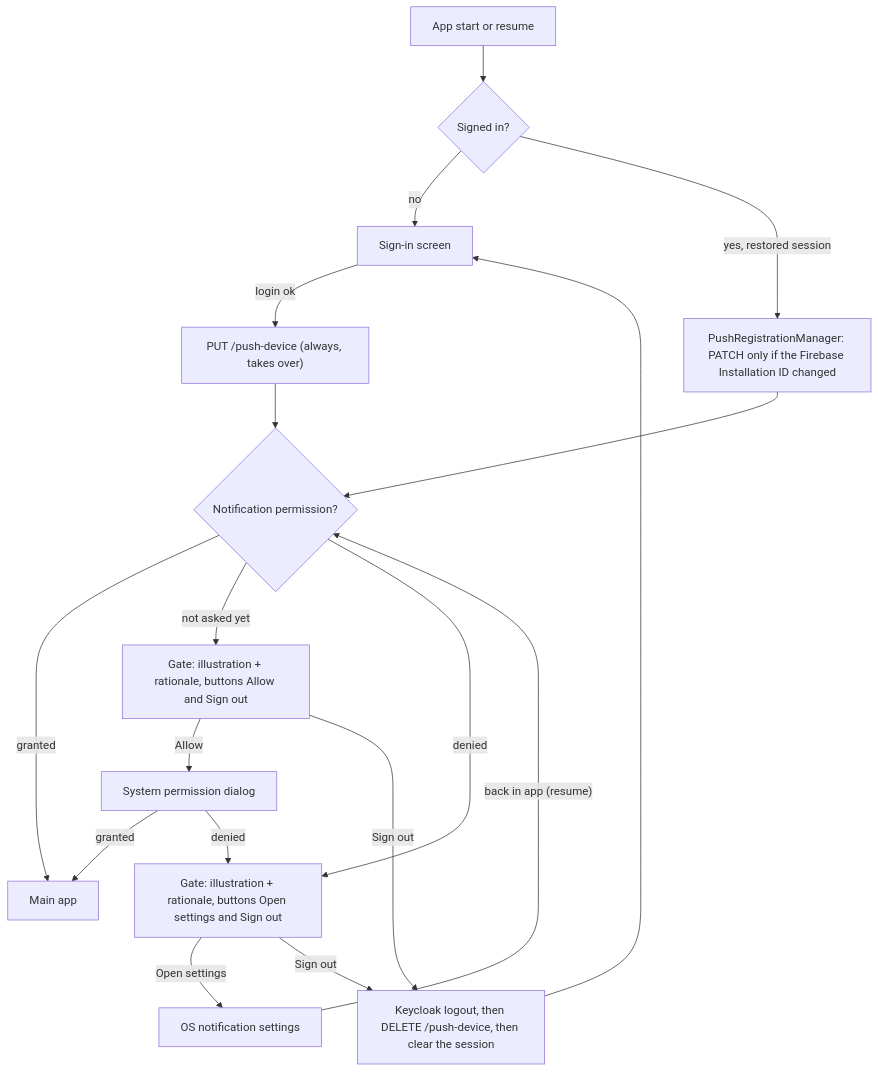
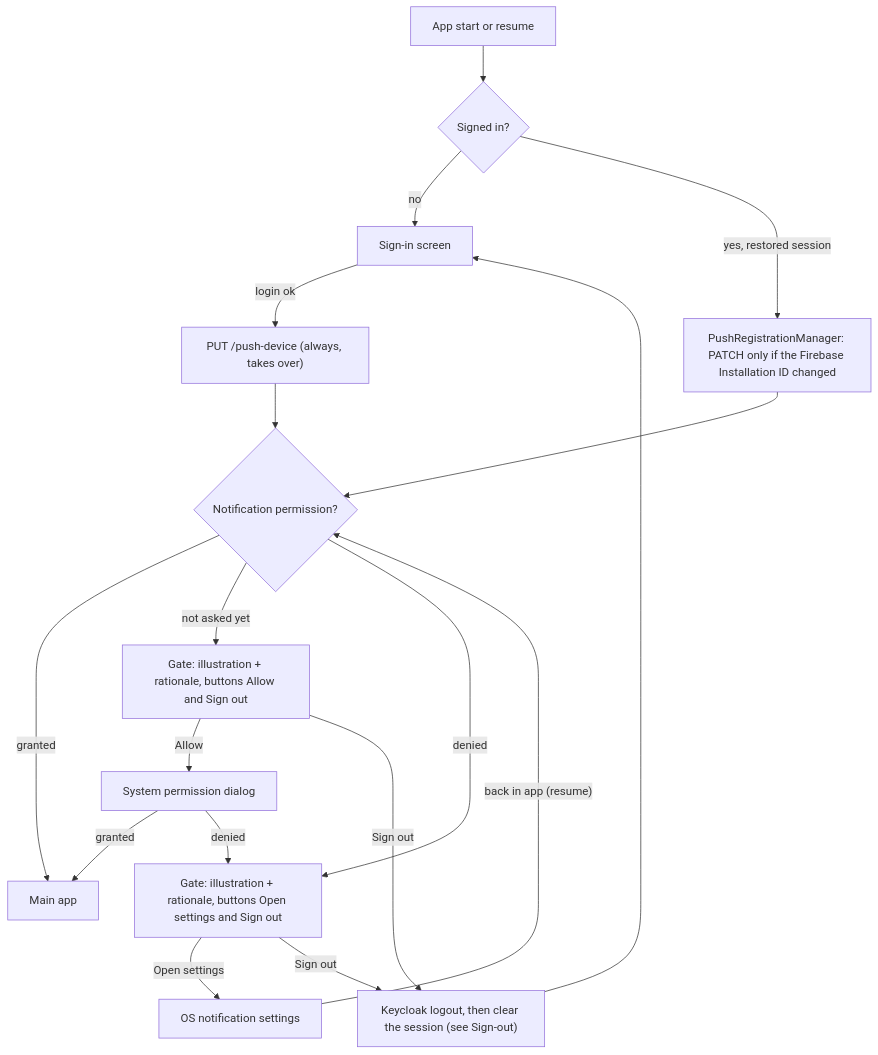
The second of 6 diagrams in docs/push-notifications.md (piskula/TruckerTracker), drawn with Mermaid before and after one commit. The commit also changed other lines of this file and 10 other files, not shown here.

First line of the commit message:
Rely on Keycloak back-channel logout to remove the push device on sign-out

````diff
--- a/docs/push-notifications.md
+++ b/docs/push-notifications.md
@@ -56,20 +57,20 @@
 ```mermaid
 flowchart TD
   START["App start or resume"] --> AUTH{"Signed in?"}
   AUTH -- "no" --> SIGNIN["Sign-in screen"]
   SIGNIN -- "login ok" --> REG["PUT /push-device (always, takes over)"]
   REG --> PERM{"Notification permission?"}
   AUTH -- "yes, restored session" --> SYNC["PushRegistrationManager: PATCH only if the Firebase Installation ID changed"]
   SYNC --> PERM
   PERM -- "granted" --> MAIN["Main app"]
   PERM -- "not asked yet" --> ASK["Gate: illustration + rationale, buttons Allow and Sign out"]
   PERM -- "denied" --> DENIED["Gate: illustration + rationale, buttons Open settings and Sign out"]
   ASK -- "Allow" --> SYS["System permission dialog"]
   SYS -- "granted" --> MAIN
   SYS -- "denied" --> DENIED
   DENIED -- "Open settings" --> OS["OS notification settings"]
   OS -- "back in app (resume)" --> PERM
-  ASK -- "Sign out" --> OUT["Keycloak logout, then DELETE /push-device, then clear the session"]
+  ASK -- "Sign out" --> OUT["Keycloak logout, then clear the session (see Sign-out)"]
   DENIED -- "Sign out" --> OUT
   OUT --> SIGNIN
 ```
````
